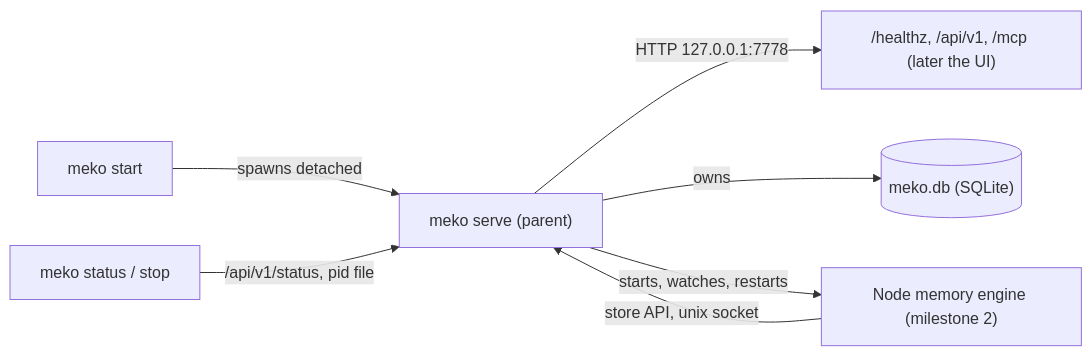
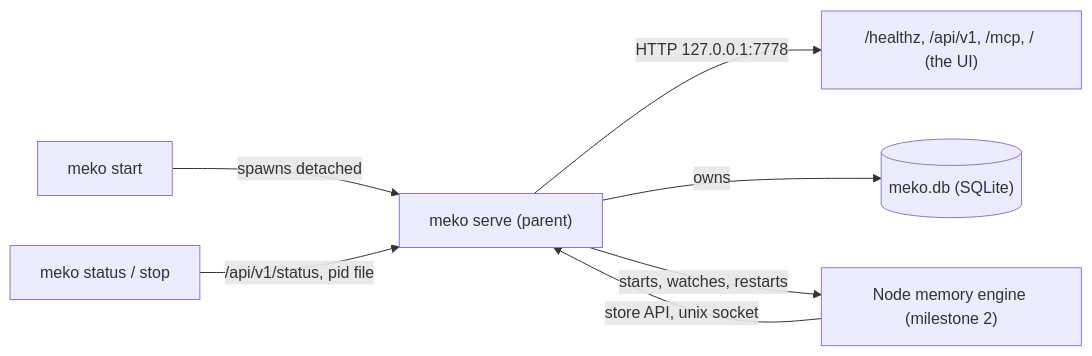
The diagram in backend/docs/design.md (yugabyte/meko), drawn with Mermaid before and after one commit. The commit also changed other lines of this file and 52 other files, not shown here.

````diff
--- a/backend/docs/design.md
+++ b/backend/docs/design.md
@@ -68,9 +68,9 @@
 ```mermaid
 flowchart LR
   cli["meko start"] -->|spawns detached| serve["meko serve (parent)"]
-  serve -->|"HTTP 127.0.0.1:7778"| api["/healthz, /api/v1, /mcp (later the UI)"]
+  serve -->|"HTTP 127.0.0.1:7778"| api["/healthz, /api/v1, /mcp, / (the UI)"]
   serve -->|"owns"| db[("meko.db (SQLite)")]
   serve -->|"starts, watches, restarts"| memory_engine["Node memory engine (milestone 2)"]
   memory_engine -->|"store API, unix socket"| serve
   status["meko status / stop"] -->|"/api/v1/status, pid file"| serve
 ```
````
